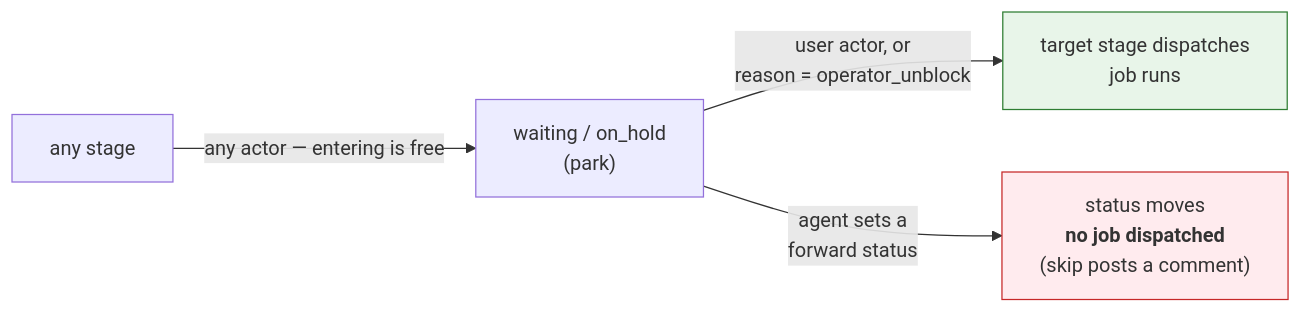
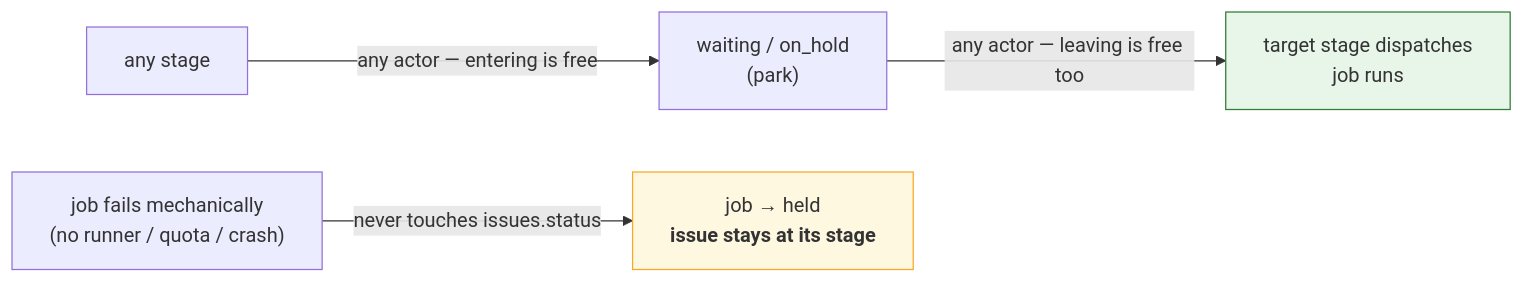
The diagram in docs/modules/issues-pipeline/status-pipeline.md (SidCorp-co/forge), drawn with Mermaid before and after one commit. The commit also changed other lines of this file and 38 other files, not shown here.

````diff
--- a/docs/modules/issues-pipeline/status-pipeline.md
+++ b/docs/modules/issues-pipeline/status-pipeline.md
@@ -69,8 +69,8 @@
 ```mermaid
 flowchart LR
   S["any stage"] -->|"any actor — entering is free"| P["waiting / on_hold<br/>(park)"]
-  P -->|"user actor, or<br/>reason = operator_unblock"| R["target stage dispatches<br/>job runs"]
-  P -->|"agent sets a<br/>forward status"| D["status moves<br/><b>no job dispatched</b><br/>(skip posts a comment)"]
+  P -->|"any actor — leaving is free too"| R["target stage dispatches<br/>job runs"]
+  F["job fails mechanically<br/>(no runner / quota / crash)"] -->|"never touches issues.status"| H["job → held<br/><b>issue stays at its stage</b>"]
   style R fill:#e8f5e9,stroke:#2e7d32
-  style D fill:#ffebee,stroke:#c62828
+  style H fill:#fff8e1,stroke:#f9a825
 ```
````
